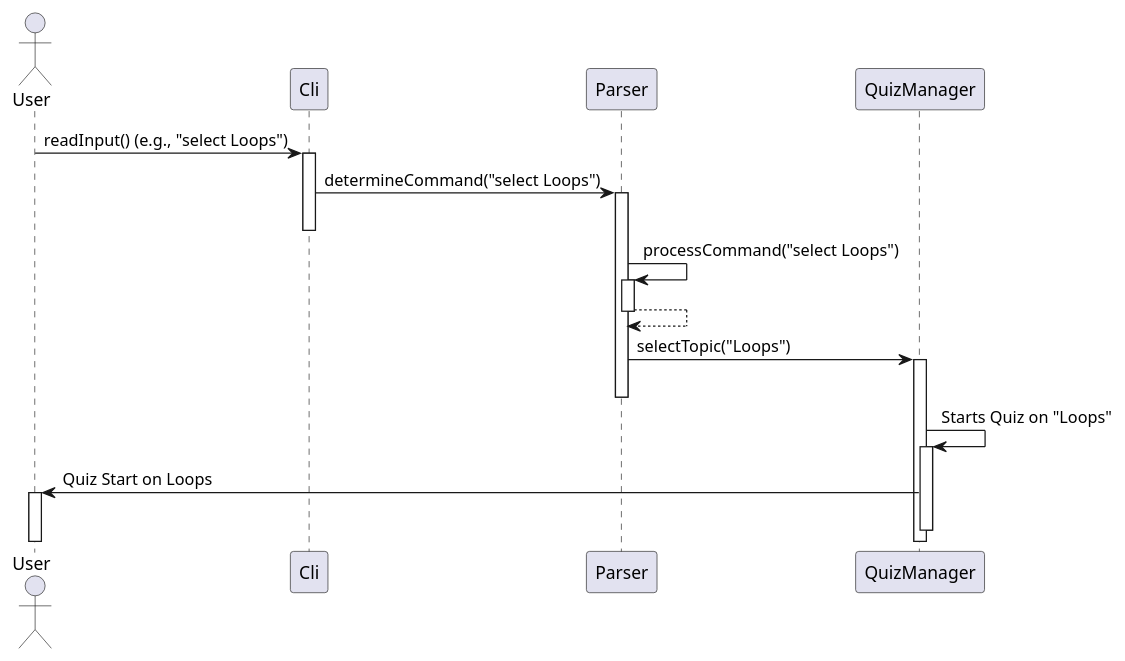
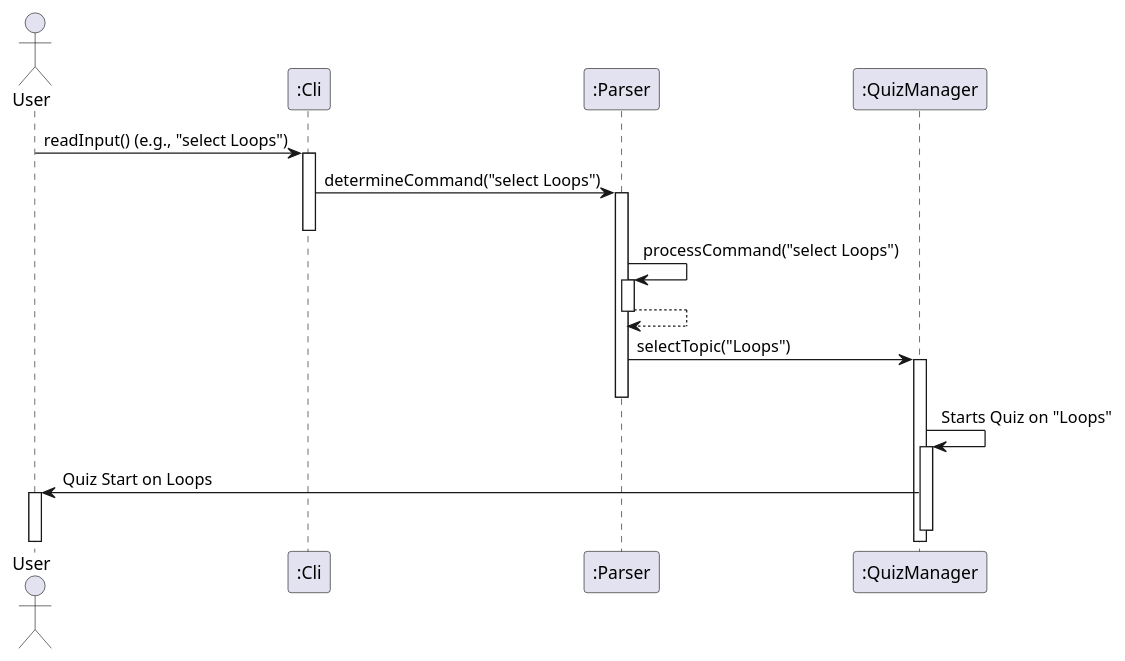
Before and after one commit to nus-cs2113-AY2425S1/tp: the diagram in docs/UML/puml-files/ParserSequenceDiagram.puml, drawn with PlantUML. The commit also changed 4 other files, not shown here.

```diff
--- a/docs/UML/puml-files/ParserSequenceDiagram.puml
+++ b/docs/UML/puml-files/ParserSequenceDiagram.puml
@@ -1,26 +1,26 @@
 @startuml
 
 autoactivate on
 
 actor User
 
-participant "Cli" as CLI
-participant "Parser" as P
-participant "QuizManager" as QM
+participant ":Cli" as CLI
+participant ":Parser" as P
+participant ":QuizManager" as QM
 
 User -> CLI : readInput() (e.g., "select Loops")
 CLI -> P : determineCommand("select Loops")
 deactivate CLI
 P -> P : processCommand("select Loops")
 return
 P -> QM : selectTopic("Loops")
 deactivate P
 QM -> QM : Starts Quiz on "Loops"
 QM -> User : Quiz Start on Loops
 
 deactivate CLI
 deactivate QM
 deactivate P
 deactivate CLI
 
 @enduml
```
